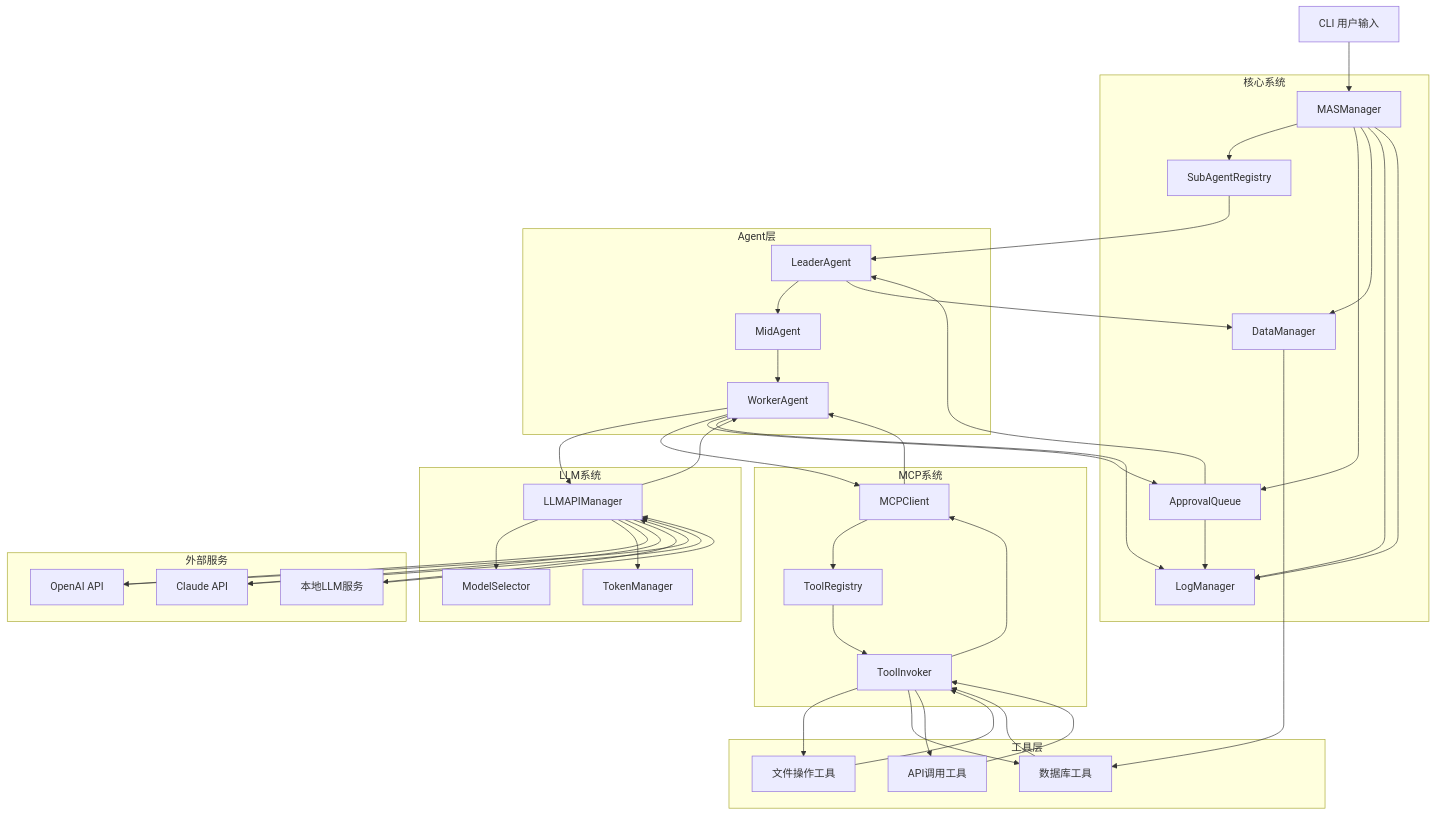
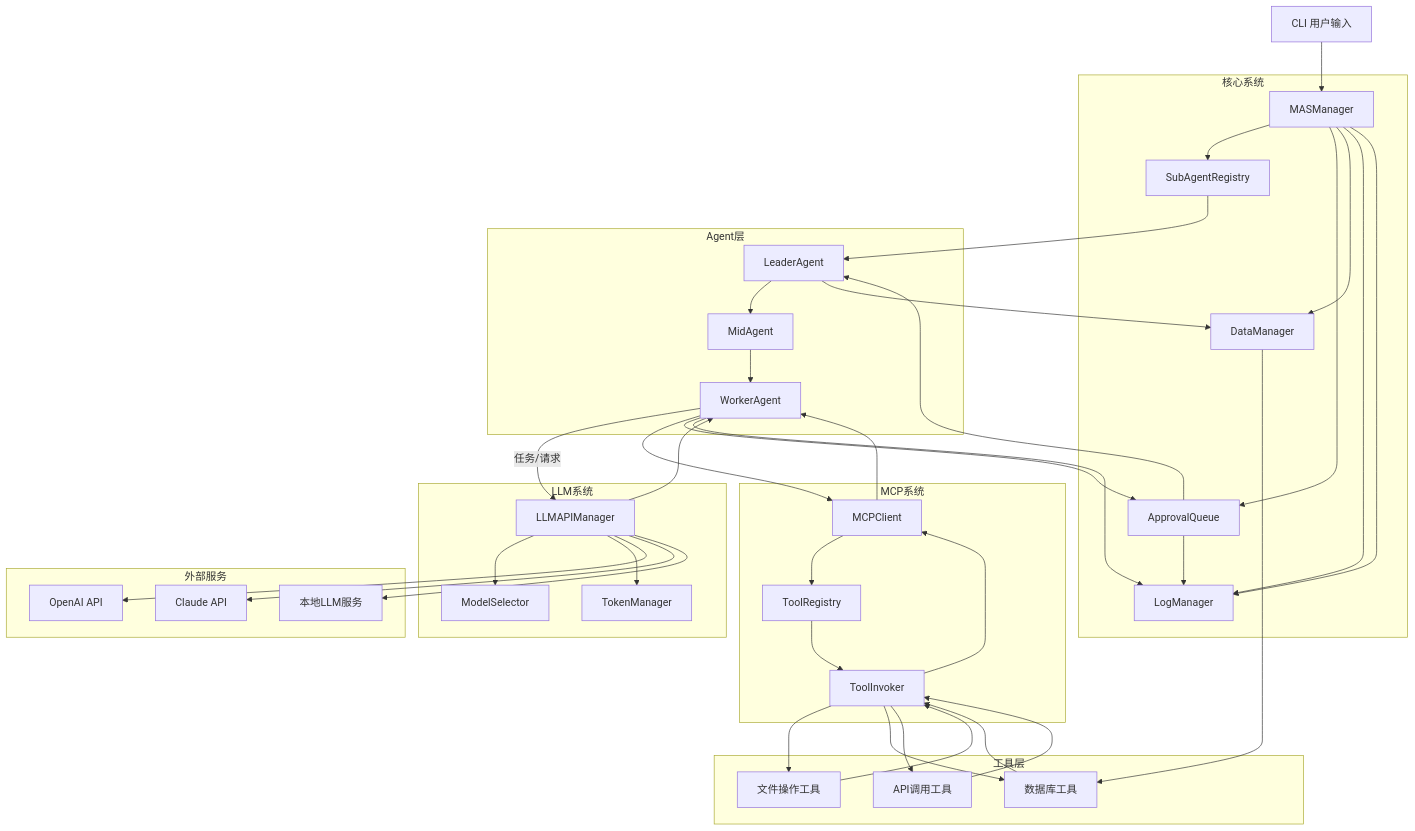
Before and after one commit to dongge0210/multiagent-hub: the diagram in docs/docs_architecture_and_impl_cn.md, drawn with Mermaid.

````diff
--- a/docs/docs_architecture_and_impl_cn.md
+++ b/docs/docs_architecture_and_impl_cn.md
@@ -130,96 +130,94 @@
 ```mermaid
 flowchart TD
+    %% 输入-决策
     CLI[CLI 用户输入] --> MASManager
 
-    subgraph CoreSystem [核心系统]
-        MASManager[MASManager]
-        SubReg[SubAgentRegistry]
-        ApprovalQ[ApprovalQueue]
-        DataMgr[DataManager]
-        LogMgr[LogManager]
-        
-        MASManager --> SubReg
-        MASManager --> ApprovalQ
-        MASManager --> DataMgr
-        MASManager --> LogMgr
+    %% 系统分区
+    subgraph 核心系统
+        MASManager
+        SubAgentRegistry
+        ApprovalQueue
+        DataManager
+        LogManager
     end
 
-    subgraph AgentLayer [Agent层]
-        Leader[LeaderAgent]
-        Mid[MidAgent]
-        Worker[WorkerAgent]
-        
-        SubReg --> Leader
-        Leader --> Mid
-        Mid --> Worker
+    subgraph Agent层
+        LeaderAgent
+        MidAgent
+        WorkerAgent
     end
 
-    subgraph LLMSystem [LLM系统]
-        LLMAPI[LLMAPIManager]
-        ModelSel[ModelSelector]
-        TokenMgr[TokenManager]
-        
-        LLMAPI --> ModelSel
-        LLMAPI --> TokenMgr
+    subgraph LLM系统
+        LLMAPIManager
+        ModelSelector
+        TokenManager
     end
 
-    subgraph MCPSystem [MCP系统]
-        MCPClient[MCPClient]
-        ToolReg[ToolRegistry]
-        ToolInv[ToolInvoker]
-        
-        MCPClient --> ToolReg
-        ToolReg --> ToolInv
+    subgraph MCP系统
+        MCPClient
+        ToolRegistry
+        ToolInvoker
     end
 
-    subgraph ToolLayer [工具层]
+    subgraph 工具层
         FileTool[文件操作工具]
         DBTool[数据库工具]
         APITool[API调用工具]
-        
-        ToolInv --> FileTool
-        ToolInv --> DBTool
-        ToolInv --> APITool
     end
 
-    subgraph ExternalServices [外部服务]
+    subgraph 外部服务
         OpenAI[OpenAI API]
         Claude[Claude API]
         LocalLLM[本地LLM服务]
     end
 
-    %% Agent到服务的连接
-    Worker --> LLMAPI
-    Worker --> MCPClient
+    %% 主控调度与系统
+    MASManager --> SubAgentRegistry
+    MASManager --> ApprovalQueue
+    MASManager --> DataManager
+    MASManager --> LogManager
 
-    %% LLM到外部服务
-    LLMAPI --> OpenAI
-    LLMAPI --> Claude
-    LLMAPI --> LocalLLM
+    %% Agent注册/层级
+    SubAgentRegistry --> LeaderAgent
+    LeaderAgent --> MidAgent
+    MidAgent --> WorkerAgent
 
-    %% 外部服务返回
-    OpenAI --> LLMAPI
-    Claude --> LLMAPI
-    LocalLLM --> LLMAPI
+    %% Agent与系统互通
+    WorkerAgent -->|任务/请求| LLMAPIManager
+    WorkerAgent --> MCPClient
+    WorkerAgent --> ApprovalQueue
+    WorkerAgent --> LogManager
 
-    %% 工具层返回
-    FileTool --> ToolInv
-    DBTool --> ToolInv
-    APITool --> ToolInv
+    %% 审批流程
+    ApprovalQueue --> LeaderAgent
+    LeaderAgent --> DataManager
+    DataManager --> DBTool
 
-    %% 结果返回路径
-    LLMAPI --> Worker
-    ToolInv --> MCPClient
-    MCPClient --> Worker
+    %% 日志流
+    ApprovalQueue --> LogManager
+    MASManager --> LogManager
 
-    %% 审批和存储流程
-    Worker --> ApprovalQ
-    ApprovalQ --> Leader
-    Leader --> DataMgr
-    DataMgr --> DBTool
+    %% LLM系统与外部
+    LLMAPIManager --> ModelSelector
+    LLMAPIManager --> TokenManager
+    LLMAPIManager --> OpenAI
+    LLMAPIManager --> Claude
+    LLMAPIManager --> LocalLLM
 
-    %% 日志连接
-    MASManager --> LogMgr
-    Worker --> LogMgr
-    ApprovalQ --> LogMgr
+    %% LLM对Agent
+    LLMAPIManager --> WorkerAgent
+
+    %% MCP工具链
+    MCPClient --> ToolRegistry
+    ToolRegistry --> ToolInvoker
+    ToolInvoker --> FileTool
+    ToolInvoker --> DBTool
+    ToolInvoker --> APITool
+    ToolInvoker --> MCPClient
+    MCPClient --> WorkerAgent
+
+    %% 工具/结果返回
+    FileTool --> ToolInvoker
+    DBTool --> ToolInvoker
+    APITool --> ToolInvoker
 ```
````
